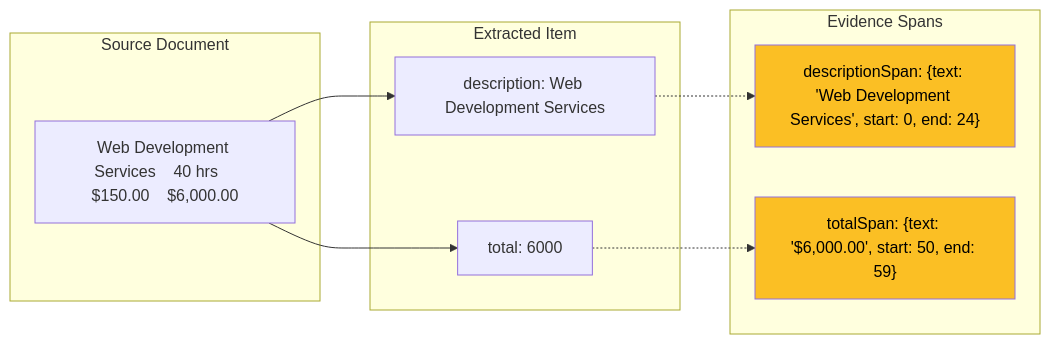
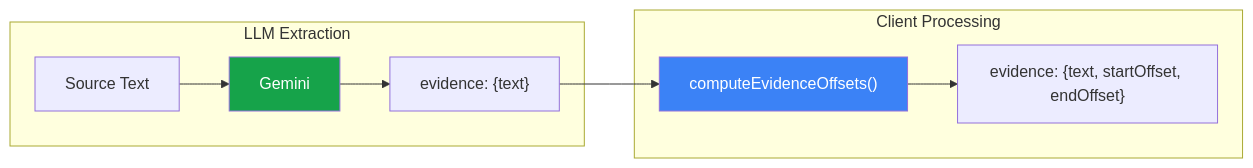
Before and after one commit to ChainSpark-Global-LLC/chainspark-oss: the third of 5 diagrams in patterns/resilient-extraction/README.md, drawn with Mermaid. The commit also changed other lines of this file and 5 other files, not shown here.

First line of the commit message:
feat: optimize grounding with client-side offset computation

````diff
--- a/patterns/resilient-extraction/README.md
+++ b/patterns/resilient-extraction/README.md
@@ -156,24 +168,15 @@
 ```mermaid
 flowchart LR
-    subgraph "Source Document"
-        A["Web Development Services    40 hrs    $150.00    $6,000.00"]
+    subgraph "LLM Extraction"
+        A[Source Text] --> B[Gemini]
+        B --> C["evidence: {text}"]
     end
     
-    subgraph "Extracted Item"
-        B[description: Web Development Services]
-        C[total: 6000]
+    subgraph "Client Processing"
+        C --> D["computeEvidenceOffsets()"]
+        D --> E["evidence: {text, startOffset, endOffset}"]
     end
     
-    subgraph "Evidence Spans"
-        D["descriptionSpan: {text: 'Web Development Services', start: 0, end: 24}"]
-        E["totalSpan: {text: '$6,000.00', start: 50, end: 59}"]
-    end
-    
-    A --> B
-    A --> C
-    B -.-> D
-    C -.-> E
-    
-    style D fill:#fbbf24,color:#000
-    style E fill:#fbbf24,color:#000
+    style B fill:#16a34a,color:#fff
+    style D fill:#3b82f6,color:#fff
 ```
````
